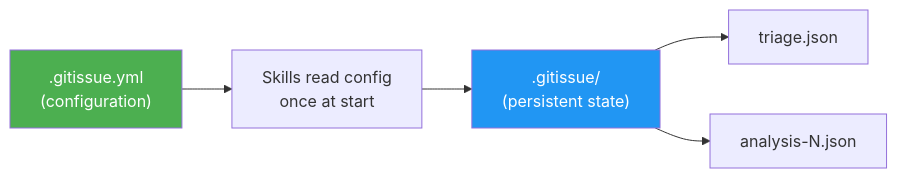
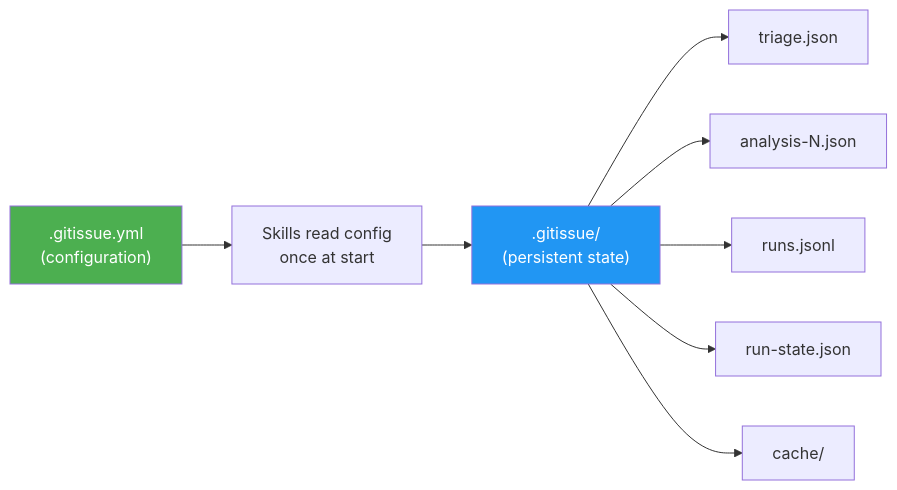
One commit to luongnv89/idd changed the fourth of 4 diagrams in docs/ARCHITECTURE.md. Above: the diagram before and after it, drawn with Mermaid. The commit also changed other lines of this file and 4 other files, not shown here.

First line of the commit message:
docs(docs): align contributing architecture readme and sitemap (#362) (#406)

````diff
--- a/docs/ARCHITECTURE.md
+++ b/docs/ARCHITECTURE.md
@@ -132,10 +132,13 @@
 ```mermaid
 graph LR
     Config[".gitissue.yml<br/>(configuration)"] --> Skills["Skills read config<br/>once at start"]
     Skills --> State[".gitissue/<br/>(persistent state)"]
     State --> TJ["triage.json"]
     State --> AJ["analysis-N.json"]
+    State --> RL["runs.jsonl"]
+    State --> RS["run-state.json"]
+    State --> CA["cache/"]
 
     style Config fill:#4CAF50,color:#fff
     style State fill:#2196F3,color:#fff
 ```
````
